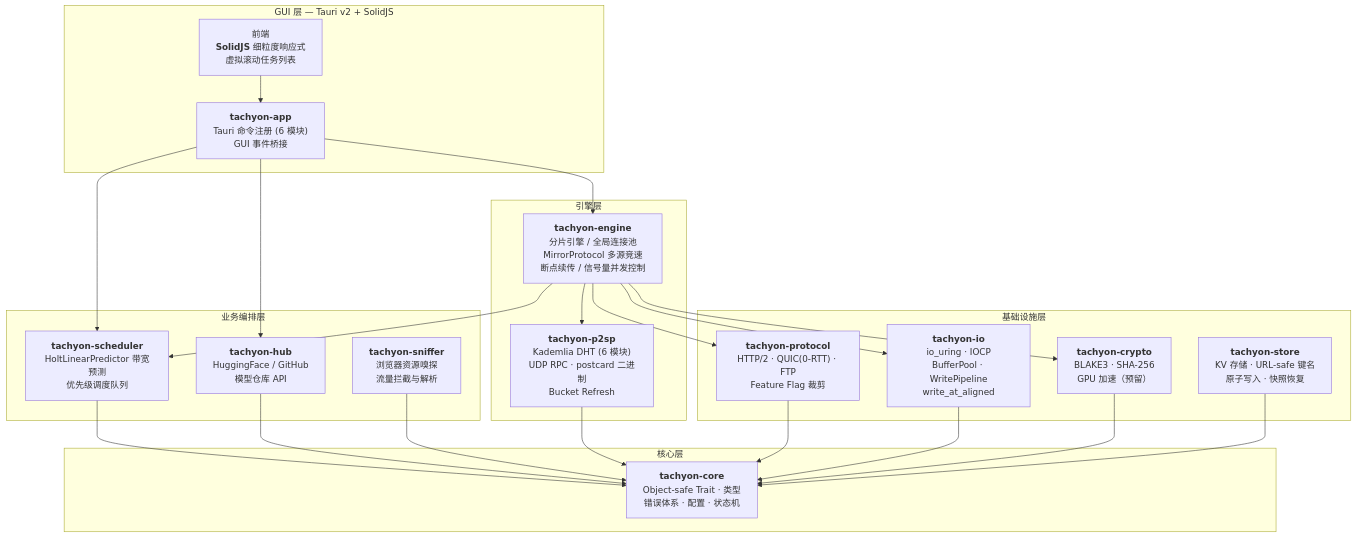
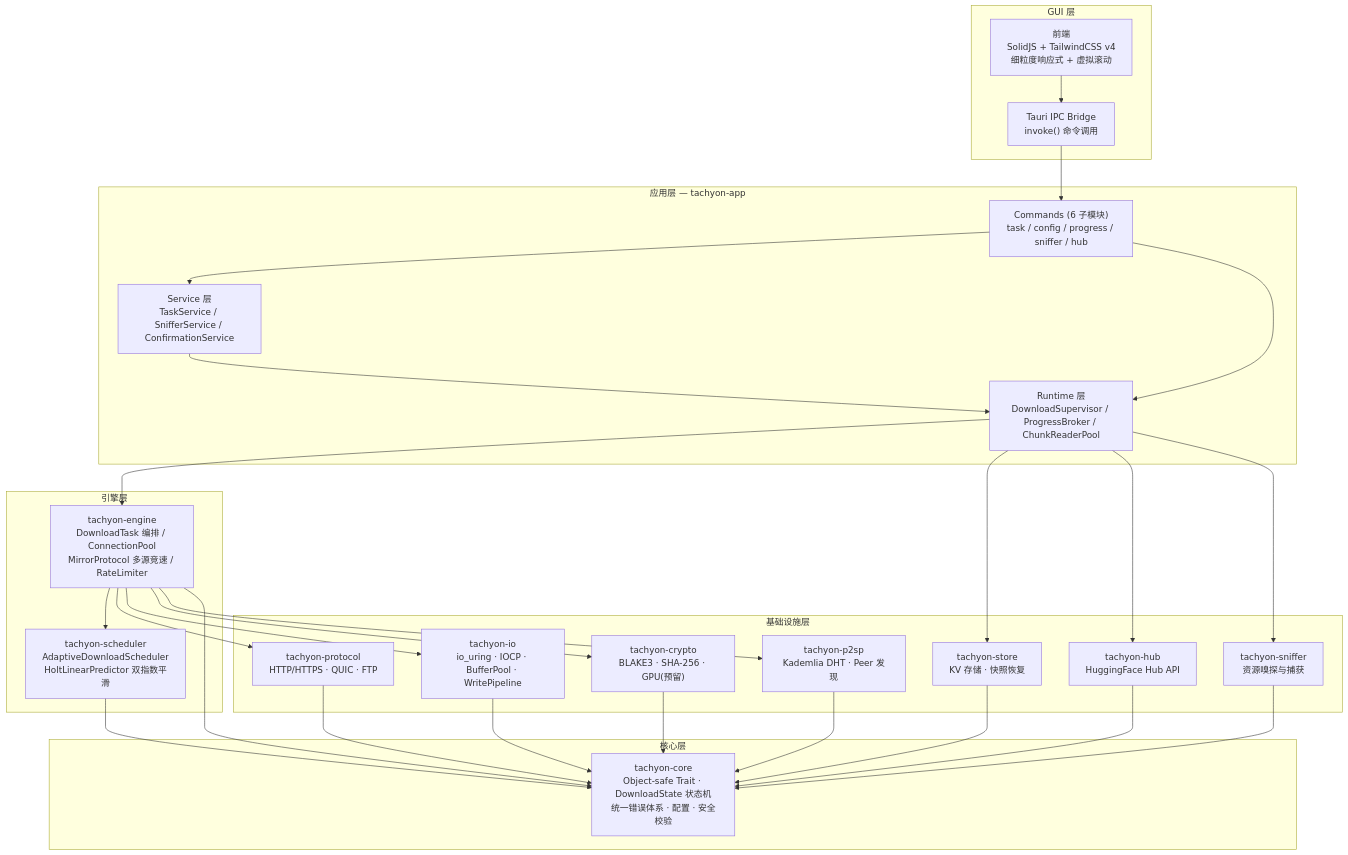
One commit to baiye2941/Tachyon changed the first of 7 diagrams in README.md. Above: the diagram before and after it, drawn with Mermaid. The commit also changed other lines of this file and 187 other files, not shown here.

````diff
--- a/README.md
+++ b/README.md
@@ -85,47 +110,55 @@
 ```mermaid
 graph TB
-    subgraph GUI["GUI 层 — Tauri v2 + SolidJS"]
-        FE["前端<br/><b>SolidJS</b> 细粒度响应式<br/>虚拟滚动任务列表"]
-        APP["<b>tachyon-app</b><br/>Tauri 命令注册 (6 模块)<br/>GUI 事件桥接"]
+    subgraph GUI["GUI 层"]
+        FE["前端<br/>SolidJS + TailwindCSS v4<br/>细粒度响应式 + 虚拟滚动"]
+        IPC["Tauri IPC Bridge<br/>invoke() 命令调用"]
     end
 
-    subgraph BIZ["业务编排层"]
-        SCH["<b>tachyon-scheduler</b><br/>HoltLinearPredictor 带宽预测<br/>优先级调度队列"]
-        HUB["<b>tachyon-hub</b><br/>HuggingFace / GitHub<br/>模型仓库 API"]
-        SNIFF["<b>tachyon-sniffer</b><br/>浏览器资源嗅探<br/>流量拦截与解析"]
+    subgraph APP["应用层 — tachyon-app"]
+        CMDS["Commands (6 子模块)<br/>task / config / progress / sniffer / hub"]
+        SVC["Service 层<br/>TaskService / SnifferService / ConfirmationService"]
+        RT["Runtime 层<br/>DownloadSupervisor / ProgressBroker / ChunkReaderPool"]
     end
 
     subgraph ENGINE["引擎层"]
-        ENG["<b>tachyon-engine</b><br/>分片引擎 / 全局连接池<br/>MirrorProtocol 多源竞速<br/>断点续传 / 信号量并发控制"]
-        P2SP["<b>tachyon-p2sp</b><br/>Kademlia DHT (6 模块)<br/>UDP RPC · postcard 二进制<br/>Bucket Refresh"]
+        ENG["tachyon-engine<br/>DownloadTask 编排 / ConnectionPool<br/>MirrorProtocol 多源竞速 / RateLimiter"]
+        SCH["tachyon-scheduler<br/>AdaptiveDownloadScheduler<br/>HoltLinearPredictor 双指数平滑"]
     end
 
     subgraph INFRA["基础设施层"]
-        PROTO["<b>tachyon-protocol</b><br/>HTTP/2 · QUIC(0-RTT) · FTP<br/>Feature Flag 裁剪"]
-        IO["<b>tachyon-io</b><br/>io_uring · IOCP<br/>BufferPool · WritePipeline<br/>write_at_aligned"]
-        CRYPT["<b>tachyon-crypto</b><br/>BLAKE3 · SHA-256<br/>GPU 加速（预留）"]
-        STORE["<b>tachyon-store</b><br/>KV 存储 · URL-safe 键名<br/>原子写入 · 快照恢复"]
+        PROTO["tachyon-protocol<br/>HTTP/HTTPS · QUIC · FTP"]
+        IO["tachyon-io<br/>io_uring · IOCP · BufferPool · WritePipeline"]
+        CRYPT["tachyon-crypto<br/>BLAKE3 · SHA-256 · GPU(预留)"]
+        STORE["tachyon-store<br/>KV 存储 · 快照恢复"]
+        P2SP["tachyon-p2sp<br/>Kademlia DHT · Peer 发现"]
+        HUB["tachyon-hub<br/>HuggingFace Hub API"]
+        SNIFF["tachyon-sniffer<br/>资源嗅探与捕获"]
     end
 
     subgraph CORE["核心层"]
-        CORELIB["<b>tachyon-core</b><br/>Object-safe Trait · 类型<br/>错误体系 · 配置 · 状态机"]
+        CORELIB["tachyon-core<br/>Object-safe Trait · DownloadState 状态机<br/>统一错误体系 · 配置 · 安全校验"]
     end
 
-    FE --> APP
-    APP --> SCH
-    APP --> HUB
-    APP --> ENG
-    SCH --> CORELIB
-    HUB --> CORELIB
-    SNIFF --> CORELIB
+    FE --> IPC --> CMDS
+    CMDS --> SVC
+    CMDS --> RT
+    SVC --> RT
+    RT --> ENG
+    ENG --> SCH
     ENG --> PROTO
     ENG --> IO
     ENG --> CRYPT
-    ENG --> SCH
     ENG --> P2SP
-    P2SP --> CORELIB
+    RT --> STORE
+    RT --> HUB
+    RT --> SNIFF
     PROTO --> CORELIB
     IO --> CORELIB
     CRYPT --> CORELIB
     STORE --> CORELIB
+    P2SP --> CORELIB
+    HUB --> CORELIB
+    SNIFF --> CORELIB
+    SCH --> CORELIB
+    ENG --> CORELIB
 ```
````
